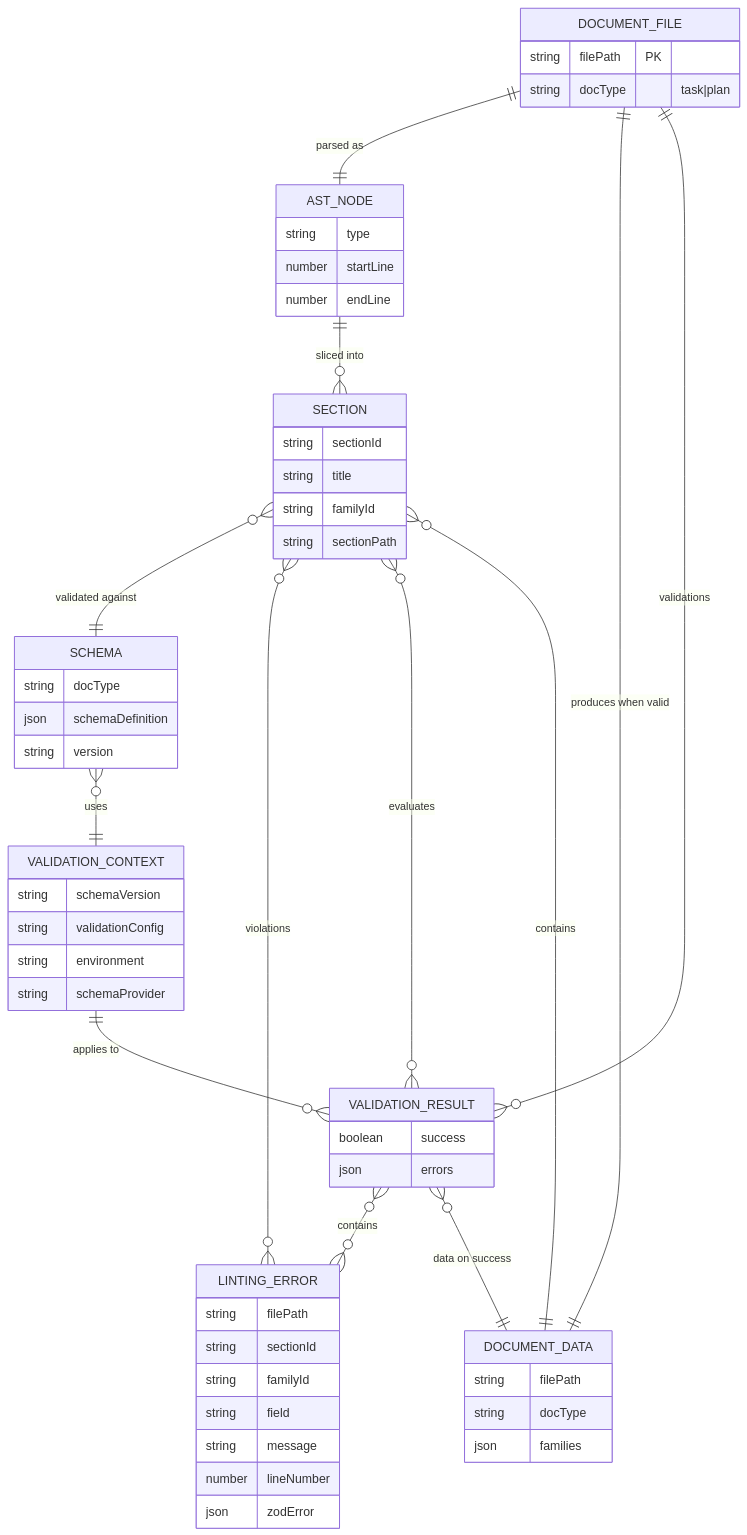
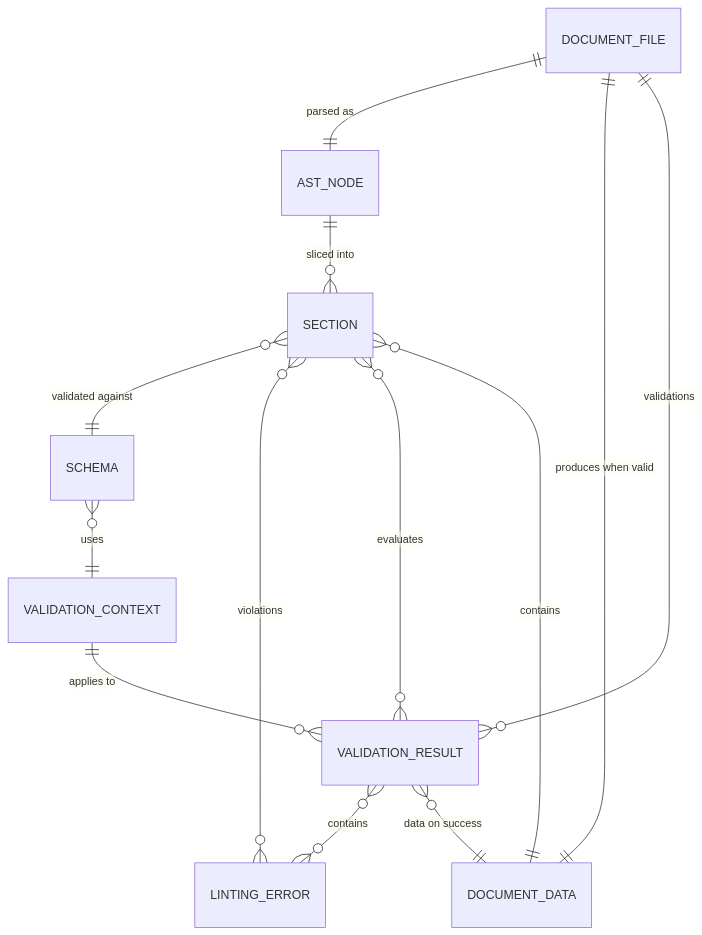
The fourth of 7 diagrams in docs/requirements/p1.p5-doc-parser.plan.md (livelifelively/documentation-driven-development-tools), drawn with Mermaid before and after one commit. The commit also changed 4 other files, not shown here.

````diff
--- a/docs/requirements/p1.p5-doc-parser.plan.md
+++ b/docs/requirements/p1.p5-doc-parser.plan.md
@@ -204,70 +204,18 @@
 ```mermaid
 erDiagram
-    DOCUMENT_FILE {
-        string filePath PK
-        string docType "task|plan"
-    }
-
-    AST_NODE {
-        string type
-        number startLine
-        number endLine
-    }
-
-    SECTION {
-        string sectionId
-        string title
-        string familyId
-        string sectionPath
-    }
-
-    SCHEMA {
-        string docType
-        json schemaDefinition
-        string version
-    }
-
-    VALIDATION_CONTEXT {
-        string schemaVersion
-        string validationConfig
-        string environment
-        string schemaProvider
-    }
-
-    VALIDATION_RESULT {
-        boolean success
-        json errors
-    }
-
-    LINTING_ERROR {
-        string filePath
-        string sectionId
-        string familyId
-        string field
-        string message
-        number lineNumber
-        json zodError
-    }
-
-    DOCUMENT_DATA {
-        string filePath
-        string docType
-        json families
-    }
-
     DOCUMENT_FILE ||--|| AST_NODE : "parsed as"
     AST_NODE ||--o{ SECTION : "sliced into"
     SECTION }o--|| SCHEMA : "validated against"
     SECTION }o--o{ LINTING_ERROR : "violations"
     SCHEMA }o--|| VALIDATION_CONTEXT : "uses"
     DOCUMENT_FILE ||--|| DOCUMENT_DATA : "produces when valid"
     DOCUMENT_DATA ||--o{ SECTION : "contains"
 
     %% Validation result linkages (transient but canonical result shape)
     VALIDATION_CONTEXT ||--o{ VALIDATION_RESULT : "applies to"
     DOCUMENT_FILE ||--o{ VALIDATION_RESULT : "validations"
     VALIDATION_RESULT }o--o{ LINTING_ERROR : "contains"
     VALIDATION_RESULT }o--o{ SECTION : "evaluates"
     VALIDATION_RESULT }o--|| DOCUMENT_DATA : "data on success"
 
 ```
````
